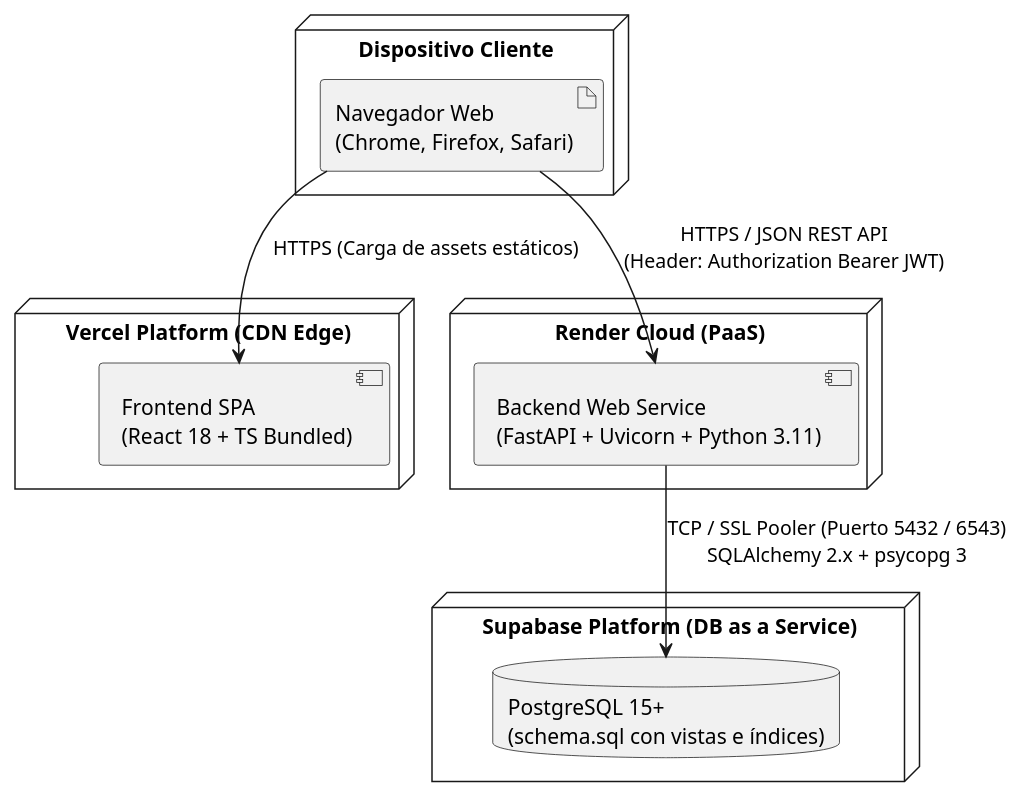
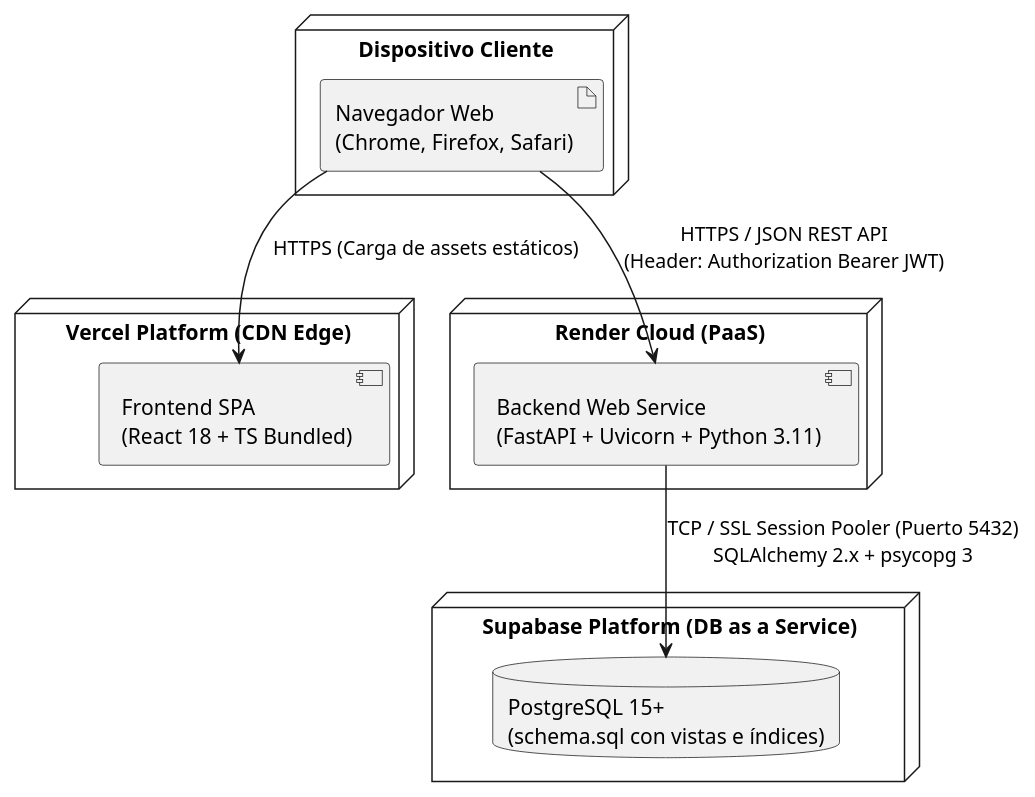
One commit to FedeiaTech/TFI-UTN--TechFlow--Colque-Gutierrez-Iacono changed the diagram in docs/entrega-2/diagramas/arquitectura/despliegue.puml. Above: the diagram before and after it, drawn with PlantUML. The commit also changed 2 other files, not shown here.

Commit message:
docs: corrige puerto del pooler de Supabase en el diagrama de despliegue
Transaction pooler (6543) no soporta prepared statements, que psycopg3
usa por defecto. El backend es un servidor FastAPI persistente en
Render, no funciones serverless, asi que corresponde Session pooler
(5432).

```diff
--- a/docs/entrega-2/diagramas/arquitectura/despliegue.puml
+++ b/docs/entrega-2/diagramas/arquitectura/despliegue.puml
@@ -1,23 +1,23 @@
 @startuml despliegue_cloud
 skinparam style strictuml
 
 node "Dispositivo Cliente" {
     artifact "Navegador Web\n(Chrome, Firefox, Safari)" as Browser
 }
 
 node "Vercel Platform (CDN Edge)" {
     component "Frontend SPA\n(React 18 + TS Bundled)" as VercelApp
 }
 
 node "Render Cloud (PaaS)" {
     component "Backend Web Service\n(FastAPI + Uvicorn + Python 3.11)" as RenderApp
 }
 
 node "Supabase Platform (DB as a Service)" {
     database "PostgreSQL 15+\n(schema.sql con vistas e índices)" as SupabaseDB
 }
 
 Browser --> VercelApp : HTTPS (Carga de assets estáticos)
 Browser --> RenderApp : HTTPS / JSON REST API\n(Header: Authorization Bearer JWT)
-RenderApp --> SupabaseDB : TCP / SSL Pooler (Puerto 5432 / 6543)\nSQLAlchemy 2.x + psycopg 3
+RenderApp --> SupabaseDB : TCP / SSL Session Pooler (Puerto 5432)\nSQLAlchemy 2.x + psycopg 3
 @enduml
```
